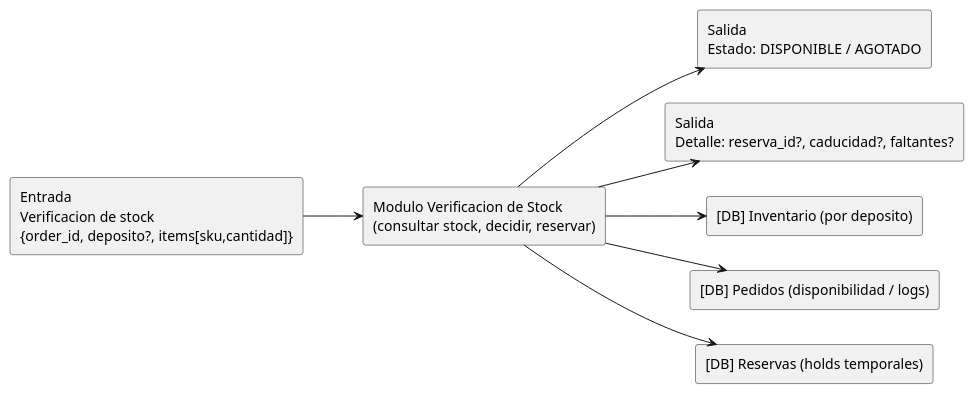
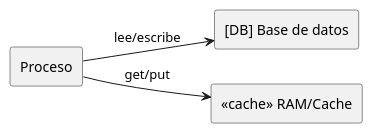
Before and after one commit to nycatino/gestion-pedidos: the diagram in 2DF.puml, drawn with PlantUML. The commit also changed 1 other file, not shown here.

```diff
--- a/2DF.puml
+++ b/2DF.puml
@@ -1,20 +1,11 @@
 @startuml
 left to right direction
 
-rectangle "Entrada\nVerificacion de stock\n{order_id, deposito?, items[sku,cantidad]}" as IN
-rectangle "Modulo Verificacion de Stock\n(consultar stock, decidir, reservar)" as PROC
-rectangle "Salida\nEstado: DISPONIBLE / AGOTADO" as OUT1
-rectangle "Salida\nDetalle: reserva_id?, caducidad?, faltantes?" as OUT2
+rectangle "Proceso" as P
+rectangle "[DB] Base de datos" as DB
+rectangle "«cache» RAM/Cache" as CACHE
 
-rectangle "[DB] Inventario (por deposito)" as DB1
-rectangle "[DB] Pedidos (disponibilidad / logs)" as DB2
-rectangle "[DB] Reservas (holds temporales)" as DB3
+P --> DB : lee/escribe
+P --> CACHE : get/put
 
-IN --> PROC
-PROC --> OUT1
-PROC --> OUT2
-
-PROC --> DB1
-PROC --> DB2
-PROC --> DB3
 @enduml
```
